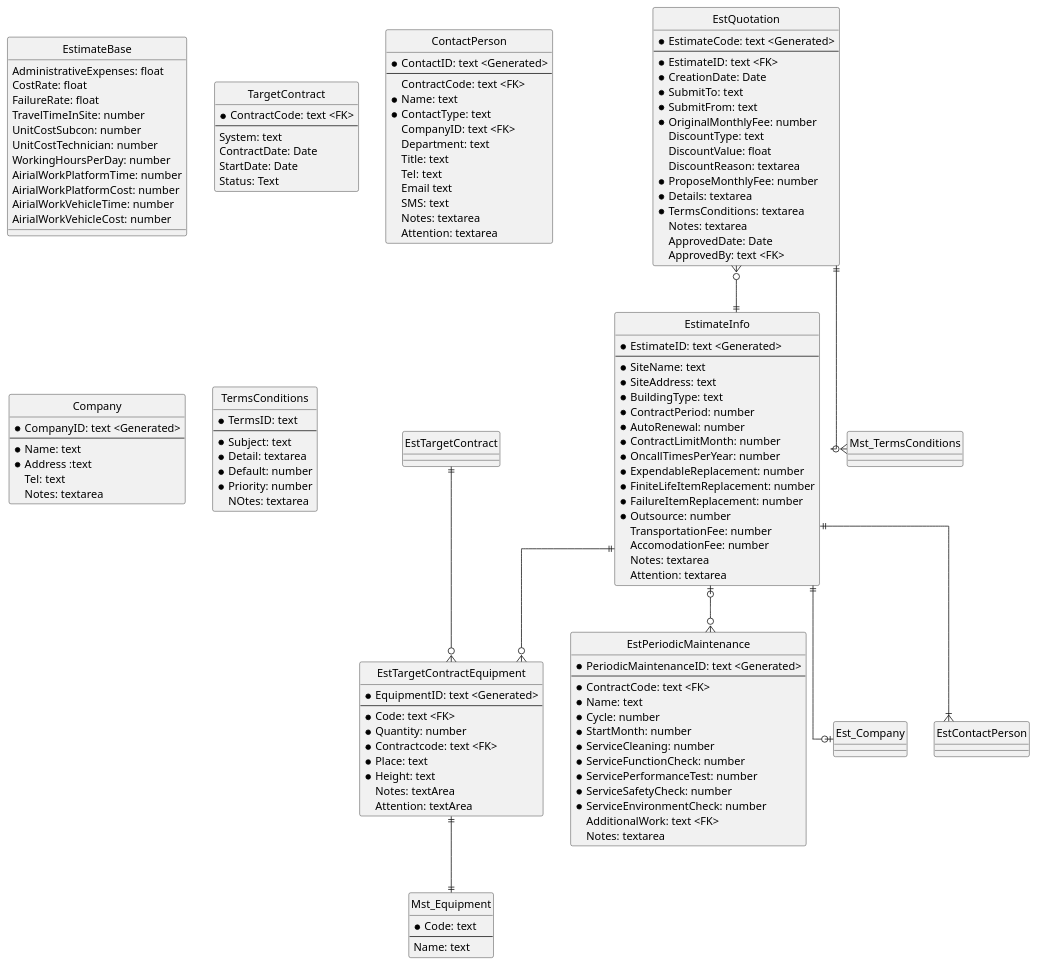
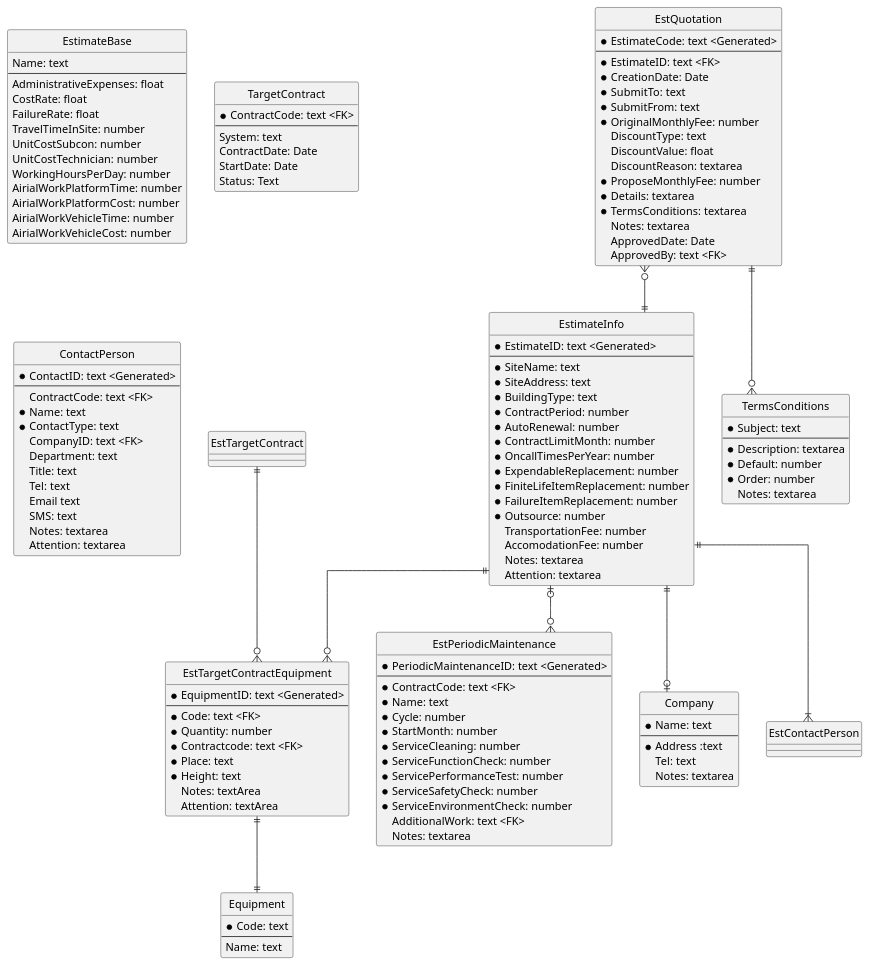
One commit to himiz6912/mms changed the diagram in er_estimate.pu. Above: the diagram before and after it, drawn with PlantUML.

```diff
--- a/er_estimate.pu
+++ b/er_estimate.pu
@@ -1,139 +1,139 @@
 @startuml
 hide circle
 skinparam linetype ortho
 
 entity EstimateBase {
+    Name: text
+    --
     AdministrativeExpenses: float
     CostRate: float
     FailureRate: float
     TravelTimeInSite: number
     UnitCostSubcon: number
     UnitCostTechnician: number
     WorkingHoursPerDay: number
     AirialWorkPlatformTime: number
     AirialWorkPlatformCost: number
     AirialWorkVehicleTime: number
     AirialWorkVehicleCost: number
 }
 entity EstimateInfo {
     * EstimateID: text <Generated>
     --
     * SiteName: text
     * SiteAddress: text
     * BuildingType: text
     * ContractPeriod: number
     * AutoRenewal: number
     * ContractLimitMonth: number
     * OncallTimesPerYear: number
     * ExpendableReplacement: number
     * FiniteLifeItemReplacement: number
     * FailureItemReplacement: number
     * Outsource: number
     TransportationFee: number
     AccomodationFee: number
     Notes: textarea
     Attention: textarea
 }
 ' EstimateID=1: Default setting
 entity TargetContract {
     * ContractCode: text <FK>
     --
     System: text
     ContractDate: Date
     StartDate: Date
     Status: Text
 }
 ' for demo, actually use CMS of each company.
 entity EstTargetContractEquipment {
     * EquipmentID: text <Generated>
     --
     * Code: text <FK>
     * Quantity: number
     * Contractcode: text <FK>
     * Place: text
     * Height: text
     Notes: textArea
     Attention: textArea
 }
 entity EstPeriodicMaintenance {
     * PeriodicMaintenanceID: text <Generated>
     --
     * ContractCode: text <FK>
     * Name: text
     * Cycle: number
     * StartMonth: number
     * ServiceCleaning: number
     * ServiceFunctionCheck: number
     * ServicePerformanceTest: number
     * ServiceSafetyCheck: number
     * ServiceEnvironmentCheck: number
     AdditionalWork: text <FK>
     Notes: textarea
 }
 ' PeriodicMaintenanceID=1: Default setting
-entity Mst_Equipment {
+entity Equipment {
     * Code: text
     --
     Name: text
 }
 entity ContactPerson {
     * ContactID: text <Generated>
     --
     ContractCode: text <FK>
     * Name: text
     * ContactType: text
     CompanyID: text <FK>
     Department: text
     Title: text
     Tel: text
     Email text
     SMS: text
     Notes: textarea
     Attention: textarea
 }
 entity Company {
-    * CompanyID: text <Generated>
+    * Name: text
     --
-    * Name: text
     * Address :text
     Tel: text
     Notes: textarea
 }
 entity EstQuotation {
     * EstimateCode: text <Generated>
     --
     * EstimateID: text <FK>
     * CreationDate: Date
     * SubmitTo: text
     * SubmitFrom: text
     * OriginalMonthlyFee: number
     DiscountType: text
     DiscountValue: float
     DiscountReason: textarea
     * ProposeMonthlyFee: number
     * Details: textarea
     * TermsConditions: textarea
     Notes: textarea
     ApprovedDate: Date
     ApprovedBy: text <FK>
 }
 ' DiscountType: Percentage/ Fixed fee/
 entity TermsConditions {
-    * TermsID: text
+    * Subject: text
     --
-    * Subject: text
-    * Detail: textarea
+    * Description: textarea
     * Default: number
-    * Priority: number 
-    NOtes: textarea
+    * Order: number 
+    Notes: textarea
 }
 
 EstimateInfo ||--o{ EstTargetContractEquipment
-EstimateInfo ||--o| Est_Company
+EstimateInfo ||--o| Company
 EstimateInfo |o--o{ EstPeriodicMaintenance
 EstimateInfo ||--|{ EstContactPerson
 EstTargetContract ||--o{ EstTargetContractEquipment
-EstTargetContractEquipment ||--|| Mst_Equipment
+EstTargetContractEquipment ||--|| Equipment
 EstQuotation }o--|| EstimateInfo
-EstQuotation ||--o{ Mst_TermsConditions
+EstQuotation ||--o{ TermsConditions
 @enduml
```
